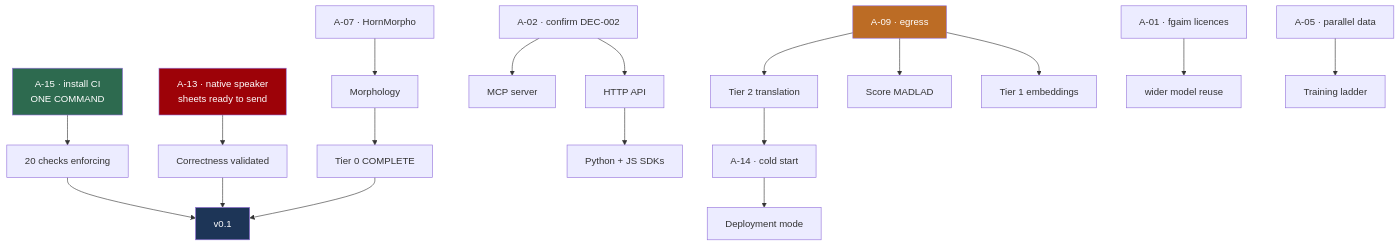
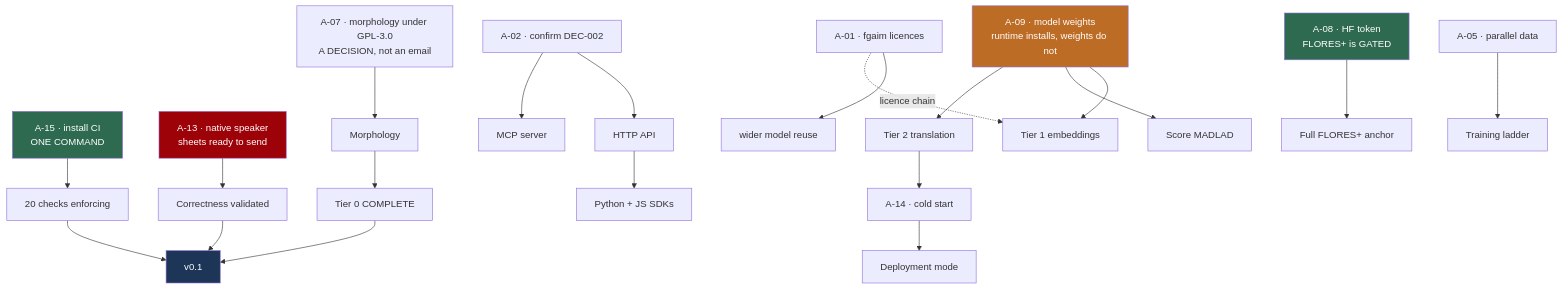
The diagram in docs/roadmap/READINESS_PLAN.md (abugassim8/Tigrigna-Intelligence), drawn with Mermaid before and after one commit. The commit also changed other lines of this file and 7 other files, not shown here.

````diff
--- a/docs/roadmap/READINESS_PLAN.md
+++ b/docs/roadmap/READINESS_PLAN.md
@@ -87,25 +87,28 @@
 ```mermaid
 graph TD
     A15["A-15 · install CI<br/>ONE COMMAND"] --> ENF["20 checks enforcing"]
     A13["A-13 · native speaker<br/>sheets ready to send"] --> CORRECT["Correctness validated"]
     A02["A-02 · confirm DEC-002"] --> API["HTTP API"]
     A02 --> MCP["MCP server"]
     API --> SDK["Python + JS SDKs"]
-    A09["A-09 · egress"] --> T1["Tier 1 embeddings"]
+    A09["A-09 · model weights<br/>runtime installs, weights do not"] --> T1["Tier 1 embeddings"]
     A09 --> MADLAD["Score MADLAD"]
     A09 --> T2["Tier 2 translation"]
+    A08["A-08 · HF token<br/>FLORES+ is GATED"] --> ANCHOR["Full FLORES+ anchor"]
     A01["A-01 · fgaim licences"] --> REUSE["wider model reuse"]
-    A07["A-07 · HornMorpho"] --> MORPH["Morphology"]
+    A01 -.->|licence chain| T1
+    A07["A-07 · morphology under GPL-3.0<br/>A DECISION, not an email"] --> MORPH["Morphology"]
     A05["A-05 · parallel data"] --> TRAIN["Training ladder"]
     T2 --> A14["A-14 · cold start"]
     A14 --> DEPLOY["Deployment mode"]
     MORPH --> MVP["Tier 0 COMPLETE"]
     CORRECT --> V01["v0.1"]
     MVP --> V01
     ENF --> V01
 
     style A15 fill:#2d6a4f,color:#fff
     style A13 fill:#9d0208,color:#fff
     style A09 fill:#bc6c25,color:#fff
+    style A08 fill:#2d6a4f,color:#fff
     style V01 fill:#1d3557,color:#fff
 ```
````
